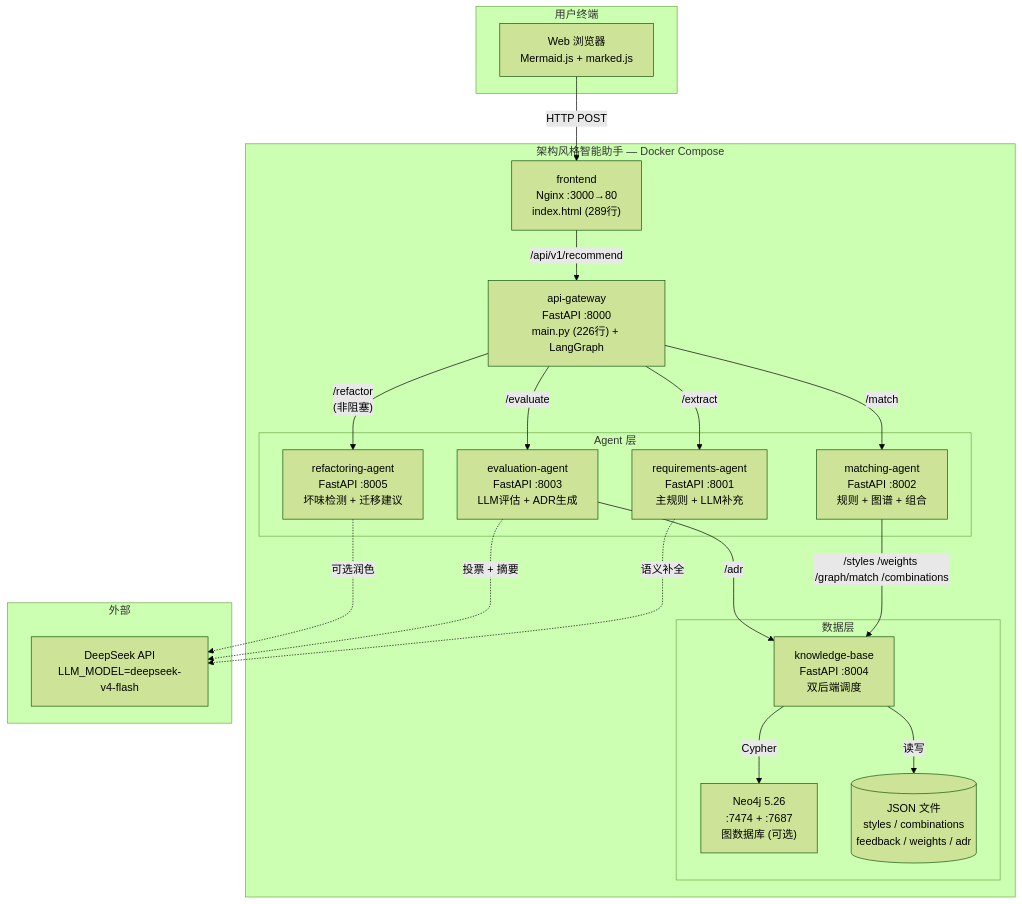
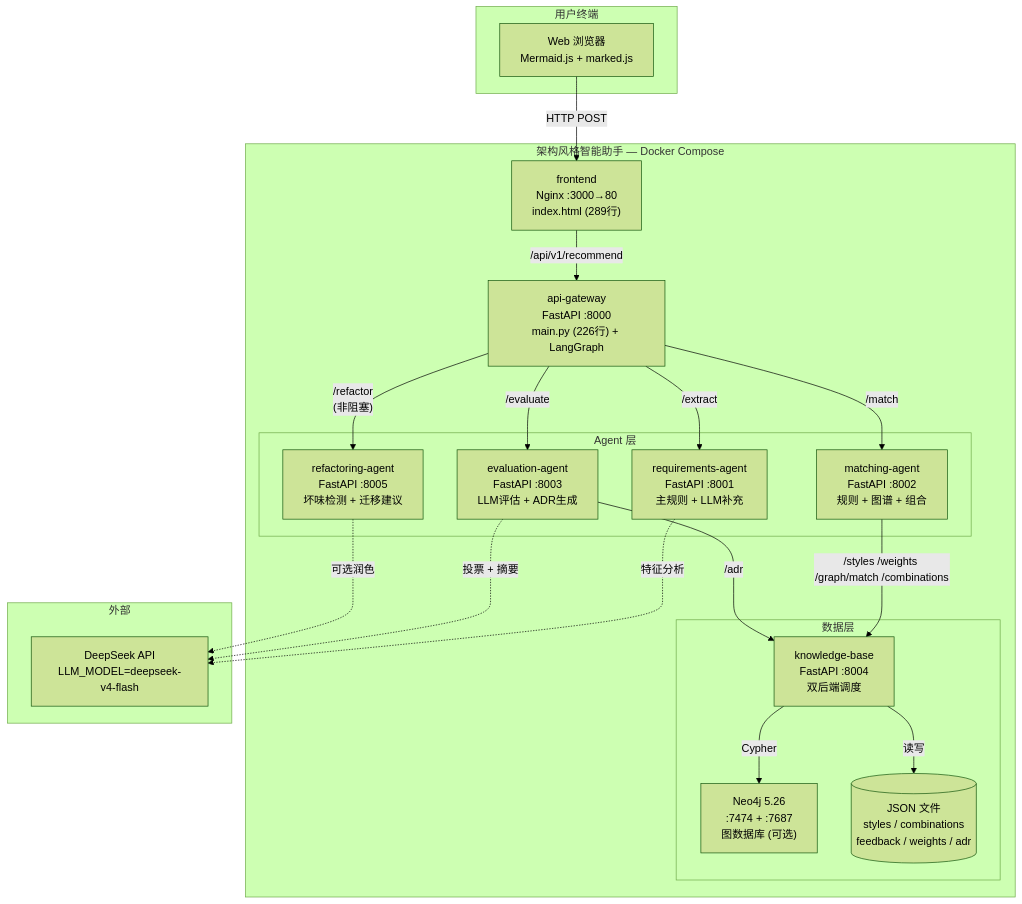
Before and after one commit to zbhzbhzbh11/architecture-assistant: the second of 5 diagrams in docs/02-架构设计文档.md, drawn with Mermaid (forest theme). The commit also changed other lines of this file and 89 other files, not shown here.

First line of the commit message:
feat: LLM-first需求分析 + 12维特征 + 非对称惩罚 + 子图模块化 + 前端改版

````diff
--- a/docs/02-架构设计文档.md
+++ b/docs/02-架构设计文档.md
@@ -141,42 +141,42 @@
 ```mermaid
 graph TB
     subgraph "用户终端"
         Browser["Web 浏览器<br/>Mermaid.js + marked.js"]
     end
 
     subgraph "架构风格智能助手 — Docker Compose"
         Frontend["frontend<br/>Nginx :3000→80<br/>index.html (289行)"]
         Gateway["api-gateway<br/>FastAPI :8000<br/>main.py (226行) + LangGraph"]
 
         subgraph "Agent 层"
             ReqAgent["requirements-agent<br/>FastAPI :8001<br/>主规则 + LLM补充"]
             MatchAgent["matching-agent<br/>FastAPI :8002<br/>规则 + 图谱 + 组合"]
             EvalAgent["evaluation-agent<br/>FastAPI :8003<br/>LLM评估 + ADR生成"]
             RefAgent["refactoring-agent<br/>FastAPI :8005<br/>坏味检测 + 迁移建议"]
         end
 
         subgraph "数据层"
             KB["knowledge-base<br/>FastAPI :8004<br/>双后端调度"]
             Neo4j["Neo4j 5.26<br/>:7474 + :7687<br/>图数据库 (可选)"]
             JSON[("JSON 文件<br/>styles / combinations<br/>feedback / weights / adr")]
         end
     end
 
     subgraph "外部"
         DeepSeek["DeepSeek API<br/>LLM_MODEL=deepseek-v4-flash"]
     end
 
     Browser -->|"HTTP POST"| Frontend
     Frontend -->|"/api/v1/recommend"| Gateway
     Gateway -->|"/extract"| ReqAgent
     Gateway -->|"/match"| MatchAgent
     Gateway -->|"/evaluate"| EvalAgent
     Gateway -->|"/refactor<br/>(非阻塞)"| RefAgent
     MatchAgent -->|"/styles /weights /graph/match /combinations"| KB
     EvalAgent -->|"/adr"| KB
     KB -->|"Cypher"| Neo4j
     KB -->|"读写"| JSON
-    ReqAgent -.->|"语义补全"| DeepSeek
+    ReqAgent -.->|"特征分析"| DeepSeek
     EvalAgent -.->|"投票 + 摘要"| DeepSeek
     RefAgent -.->|"可选润色"| DeepSeek
 ```
````
